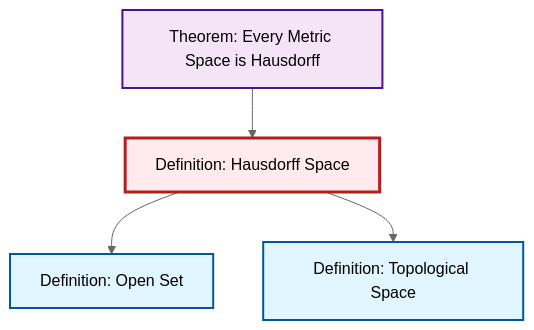
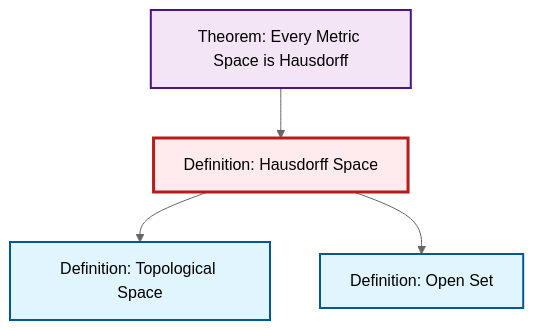
The diagram in content/ja/topology/def-hausdorff.qmd (RK0429/ModernMath), drawn with Mermaid (neutral theme) before and after one commit. The commit also changed other lines of this file and 530 other files, not shown here.

````diff
--- a/content/ja/topology/def-hausdorff.qmd
+++ b/content/ja/topology/def-hausdorff.qmd
@@ -54,20 +54,20 @@
 ```{mermaid}
 %%| fig-cap: "Local dependency graph"
 graph TD
     classDef definition fill:#e1f5fe,stroke:#01579b,stroke-width:2px
     classDef theorem fill:#f3e5f5,stroke:#4a148c,stroke-width:2px
     classDef axiom fill:#fff3e0,stroke:#e65100,stroke-width:2px
     classDef example fill:#e8f5e9,stroke:#1b5e20,stroke-width:2px
     classDef current fill:#ffebee,stroke:#b71c1c,stroke-width:3px
+    thm-metric-hausdorff["Theorem: Every Metric Space is Hausdorff"]:::theorem
+    def-topological-space["Definition: Topological Space"]:::definition
+    def-hausdorff["Definition: Hausdorff Space"]:::definition
     def-open-set["Definition: Open Set"]:::definition
-    thm-metric-hausdorff["Theorem: Every Metric Space is Hausdorff"]:::theorem
-    def-hausdorff["Definition: Hausdorff Space"]:::definition
-    def-topological-space["Definition: Topological Space"]:::definition
     thm-metric-hausdorff --> def-hausdorff
+    def-hausdorff --> def-topological-space
     def-hausdorff --> def-open-set
-    def-hausdorff --> def-topological-space
     class def-hausdorff current
-    click def-open-set "def-open-set.html" "Definition: Open Setへ"
     click thm-metric-hausdorff "thm-metric-hausdorff.html" "Theorem: Every Metric Space is Hausdorffへ"
     click def-topological-space "def-topological-space.html" "Definition: Topological Spaceへ"
+    click def-open-set "def-open-set.html" "Definition: Open Setへ"
 ```
````
